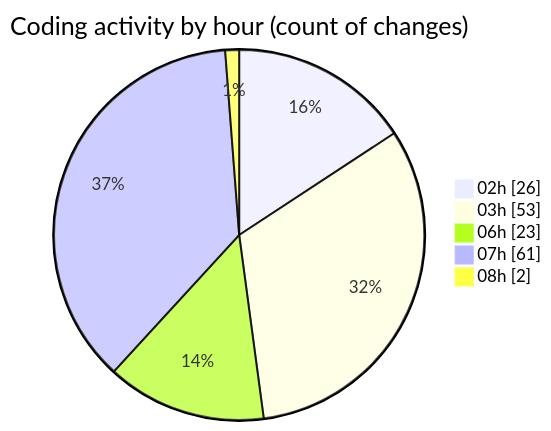
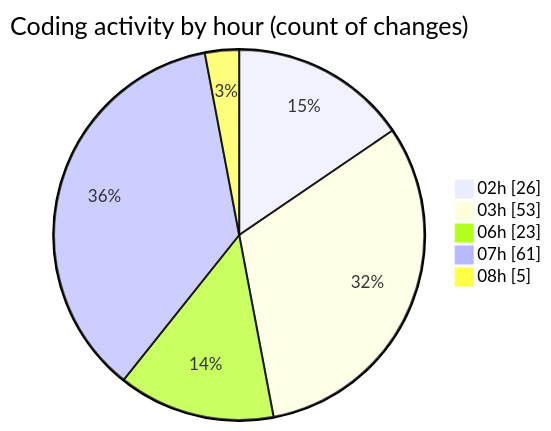
Before and after one commit to charlie-sans/code-tracking: the second of 2 diagrams in 2025-02-22/micros/README.md, drawn with Mermaid. The commit also changed other lines of this file and 1 other file, not shown here.

````diff
--- a/2025-02-22/micros/README.md
+++ b/2025-02-22/micros/README.md
@@ -72,9 +72,9 @@
 ```mermaid
 pie showData
 title Coding activity by hour (count of changes)
 "02h" : 26
 "03h" : 53
 "06h" : 23
 "07h" : 61
-"08h" : 2
+"08h" : 5
 ```
````
